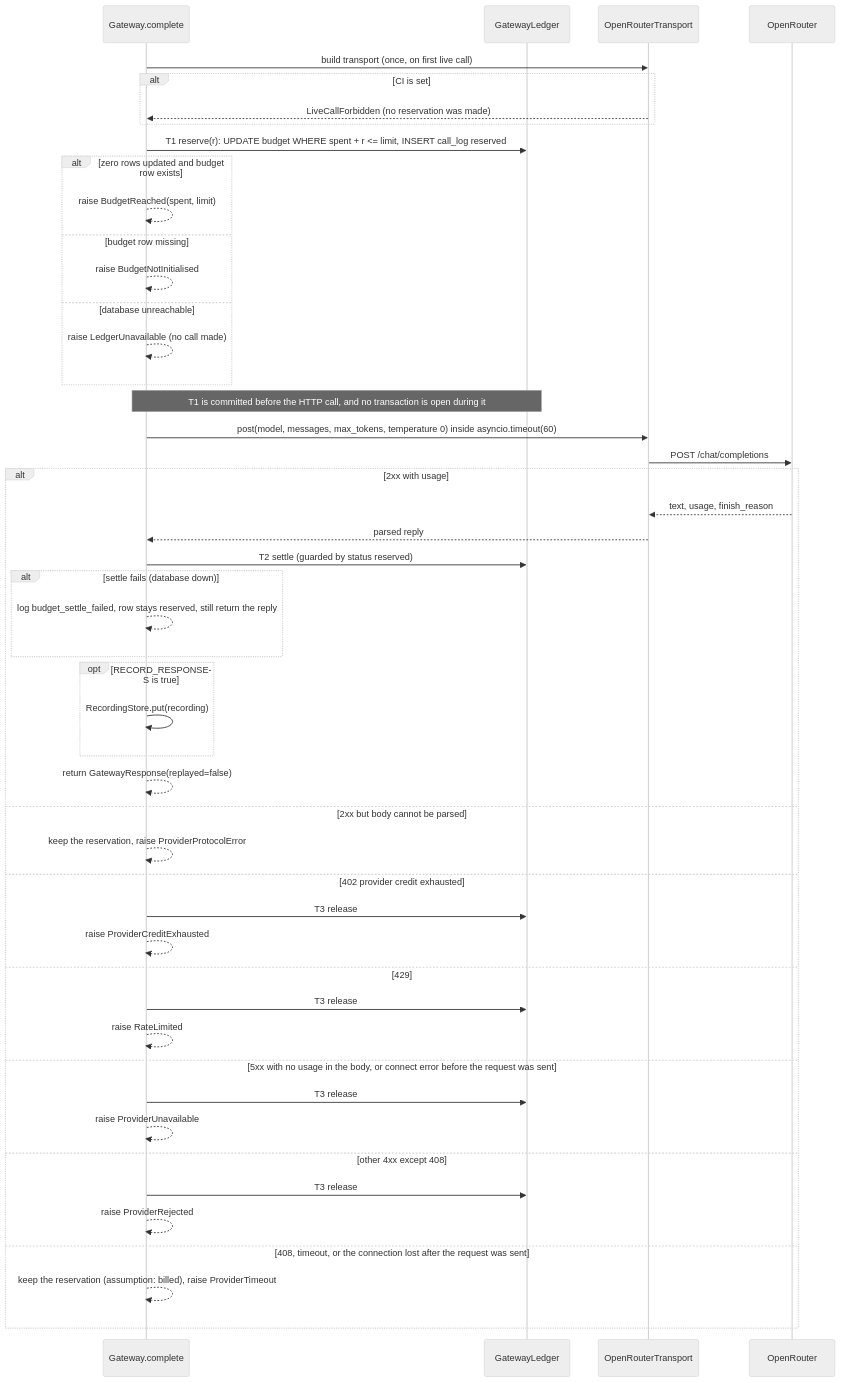
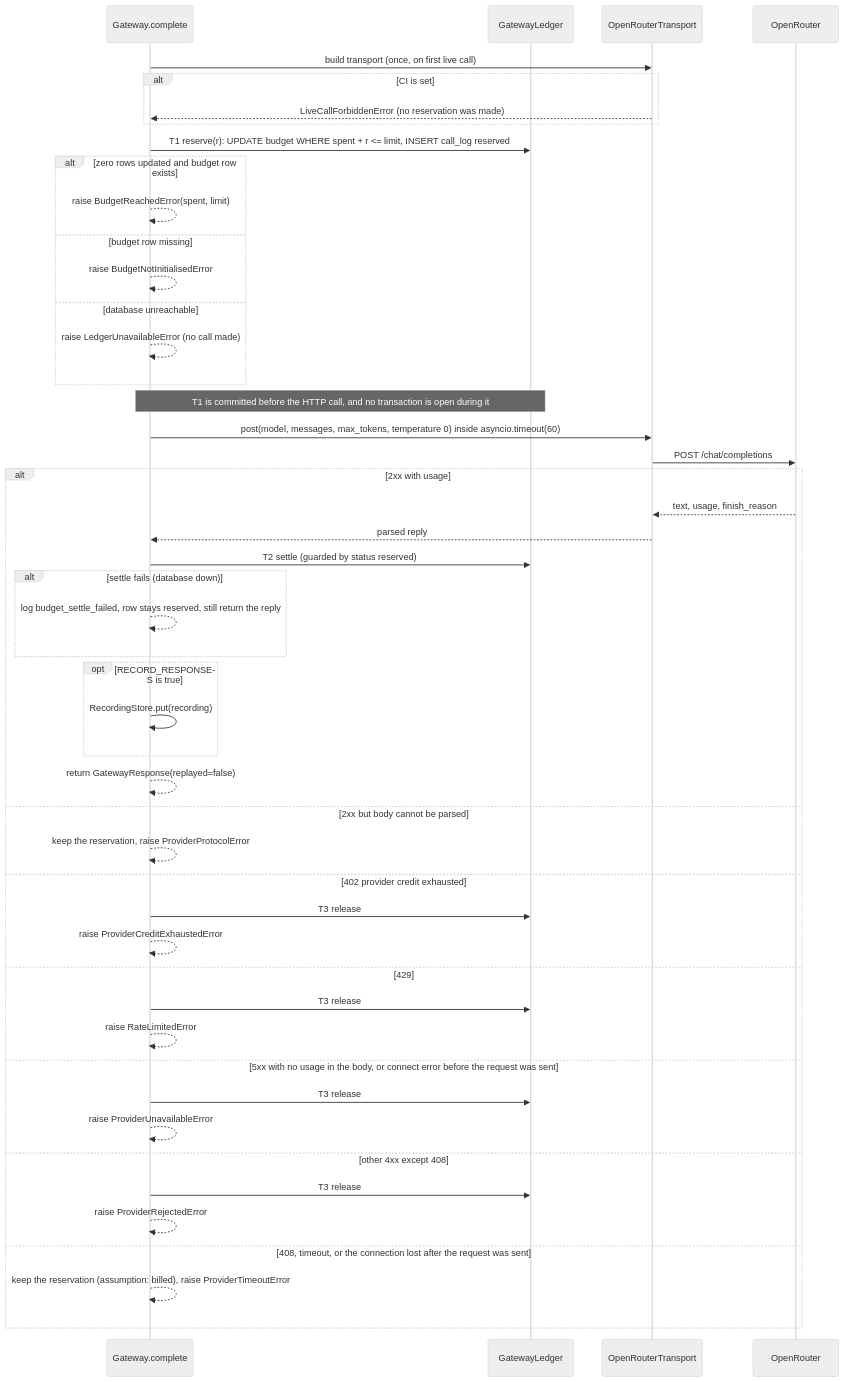
Before and after one commit to venkatmidhunmareedu/hirekit: the second of 4 diagrams in docs/design/gateway-lld.md, drawn with Mermaid (neutral theme). The commit also changed other lines of this file and 13 other files, not shown here.

````diff
--- a/docs/design/gateway-lld.md
+++ b/docs/design/gateway-lld.md
@@ -146,50 +146,50 @@
 ```mermaid
 sequenceDiagram
     participant G as Gateway.complete
     participant L as GatewayLedger
     participant T as OpenRouterTransport
     participant P as OpenRouter
     G->>T: build transport (once, on first live call)
     alt CI is set
-        T-->>G: LiveCallForbidden (no reservation was made)
+        T-->>G: LiveCallForbiddenError (no reservation was made)
     end
     G->>L: T1 reserve(r): UPDATE budget WHERE spent + r <= limit, INSERT call_log reserved
     alt zero rows updated and budget row exists
-        G-->>G: raise BudgetReached(spent, limit)
+        G-->>G: raise BudgetReachedError(spent, limit)
     else budget row missing
-        G-->>G: raise BudgetNotInitialised
+        G-->>G: raise BudgetNotInitialisedError
     else database unreachable
-        G-->>G: raise LedgerUnavailable (no call made)
+        G-->>G: raise LedgerUnavailableError (no call made)
     end
     Note over G,L: T1 is committed before the HTTP call, and no transaction is open during it
     G->>T: post(model, messages, max_tokens, temperature 0) inside asyncio.timeout(60)
     T->>P: POST /chat/completions
     alt 2xx with usage
         P-->>T: text, usage, finish_reason
         T-->>G: parsed reply
         G->>L: T2 settle (guarded by status reserved)
         alt settle fails (database down)
             G-->>G: log budget_settle_failed, row stays reserved, still return the reply
         end
         opt RECORD_RESPONSES is true
             G->>G: RecordingStore.put(recording)
         end
         G-->>G: return GatewayResponse(replayed=false)
     else 2xx but body cannot be parsed
         G-->>G: keep the reservation, raise ProviderProtocolError
     else 402 provider credit exhausted
         G->>L: T3 release
-        G-->>G: raise ProviderCreditExhausted
+        G-->>G: raise ProviderCreditExhaustedError
     else 429
         G->>L: T3 release
-        G-->>G: raise RateLimited
+        G-->>G: raise RateLimitedError
     else 5xx with no usage in the body, or connect error before the request was sent
         G->>L: T3 release
-        G-->>G: raise ProviderUnavailable
+        G-->>G: raise ProviderUnavailableError
     else other 4xx except 408
         G->>L: T3 release
-        G-->>G: raise ProviderRejected
+        G-->>G: raise ProviderRejectedError
     else 408, timeout, or the connection lost after the request was sent
-        G-->>G: keep the reservation (assumption: billed), raise ProviderTimeout
+        G-->>G: keep the reservation (assumption: billed), raise ProviderTimeoutError
     end
 ```
````
